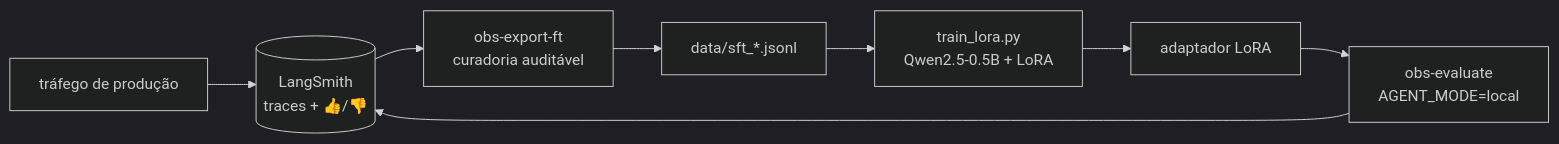
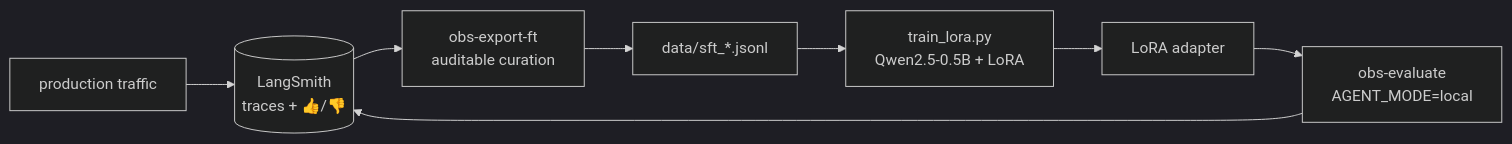
Before and after one commit to diegosimao/agent-observability: the second of 2 diagrams in README.md, drawn with Mermaid (dark theme). The commit also changed other lines of this file and 23 other files, not shown here.

````diff
--- a/README.md
+++ b/README.md
@@ -174,10 +174,10 @@
 ```mermaid
 flowchart LR
-    P[tráfego de produção] --> LS[(LangSmith<br/>traces + 👍/👎)]
-    LS --> C[obs-export-ft<br/>curadoria auditável]
+    P[production traffic] --> LS[(LangSmith<br/>traces + 👍/👎)]
+    LS --> C[obs-export-ft<br/>auditable curation]
     C --> D[data/sft_*.jsonl]
     D --> F[train_lora.py<br/>Qwen2.5-0.5B + LoRA]
-    F --> M[adaptador LoRA]
+    F --> M[LoRA adapter]
     M --> E[obs-evaluate<br/>AGENT_MODE=local]
     E --> LS
 ```
````
